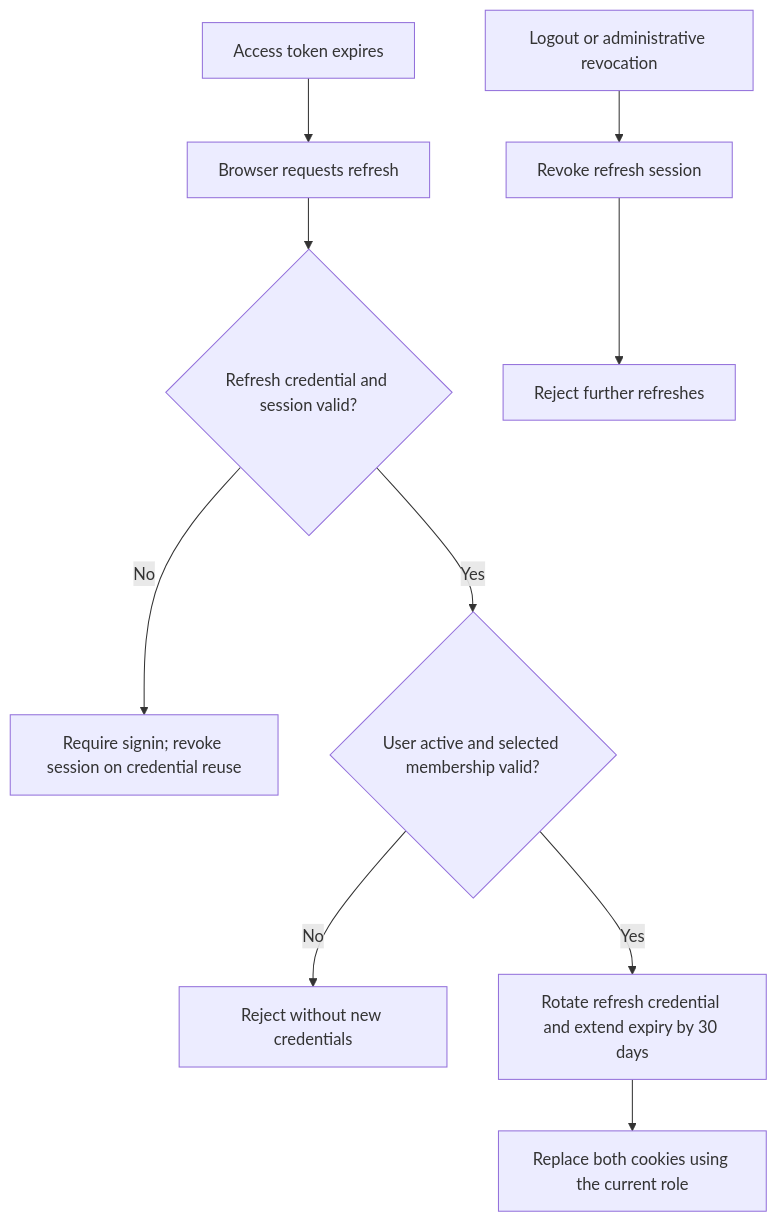
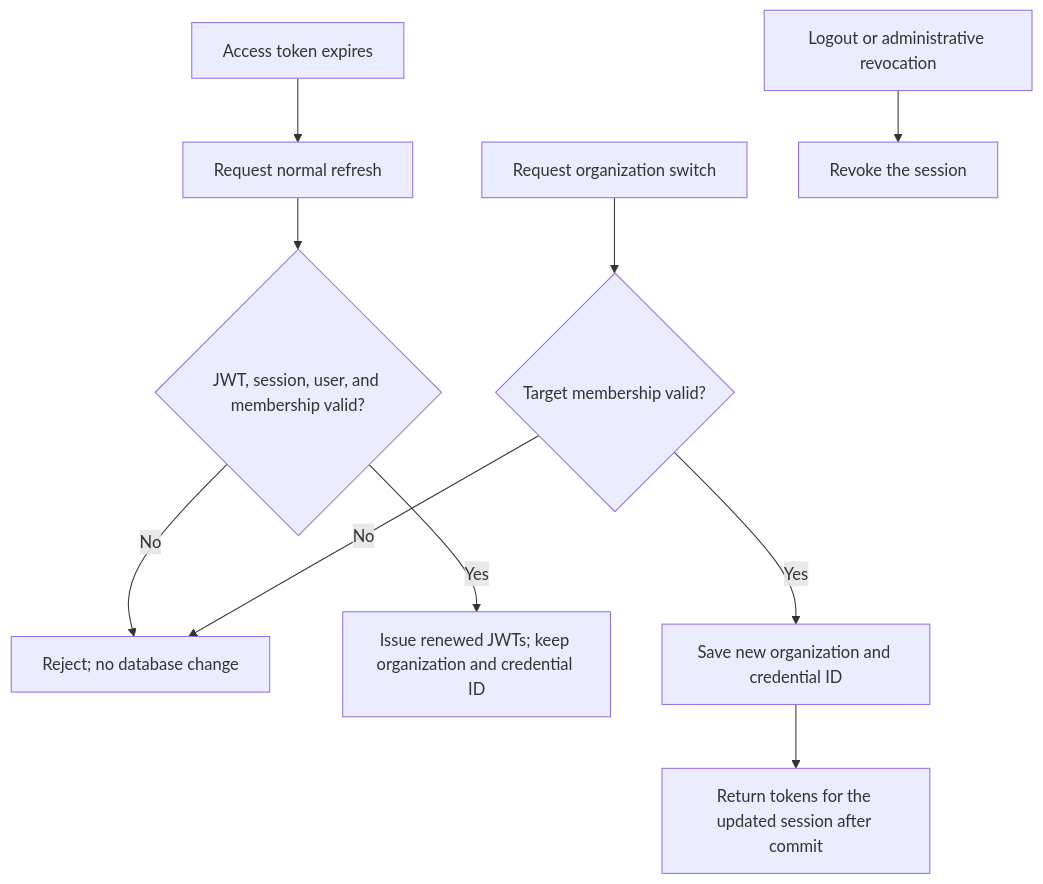
Before and after one commit to Midwess/compallm: the second of 2 diagrams in docs/content/login/adr.md, drawn with Mermaid. The commit also changed other lines of this file and 53 other files, not shown here.

Commit message:
Persist organization-scoped sessions and separate token renewal (#15)

````diff
--- a/docs/content/login/adr.md
+++ b/docs/content/login/adr.md
@@ -60,12 +60,12 @@
 ```mermaid
 flowchart TD
-    Expired["Access token expires"] --> Refresh["Browser requests refresh"]
-    Refresh --> Valid{"Refresh credential and session valid?"}
-    Valid -->|No| Signin["Require signin; revoke session on credential reuse"]
-    Valid -->|Yes| Member{"User active and selected membership valid?"}
-    Member -->|No| Denied["Reject without new credentials"]
-    Member -->|Yes| Rotate["Rotate refresh credential and extend expiry by 30 days"]
-    Rotate --> Cookies["Replace both cookies using the current role"]
-    Logout["Logout or administrative revocation"] --> Revoke["Revoke refresh session"]
-    Revoke --> Stop["Reject further refreshes"]
+    AccessExpired["Access token expires"] --> Refresh["Request normal refresh"]
+    Refresh --> Valid{"JWT, session, user, and membership valid?"}
+    Valid -->|No| Deny["Reject; no database change"]
+    Valid -->|Yes| Renew["Issue renewed JWTs; keep organization and credential ID"]
+    Switch["Request organization switch"] --> Target{"Target membership valid?"}
+    Target -->|No| Deny
+    Target -->|Yes| Save["Save new organization and credential ID"]
+    Save --> NewTokens["Return tokens for the updated session after commit"]
+    Logout["Logout or administrative revocation"] --> Revoke["Revoke the session"]
 ```
````
